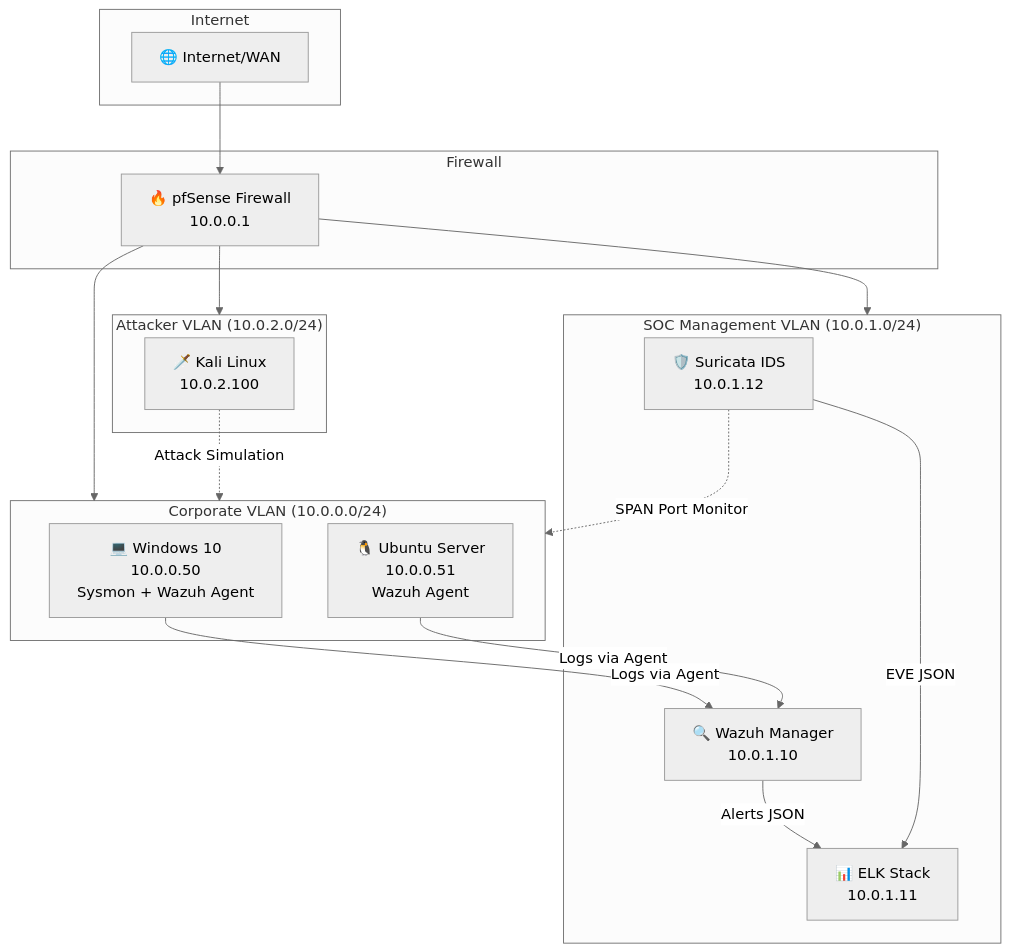
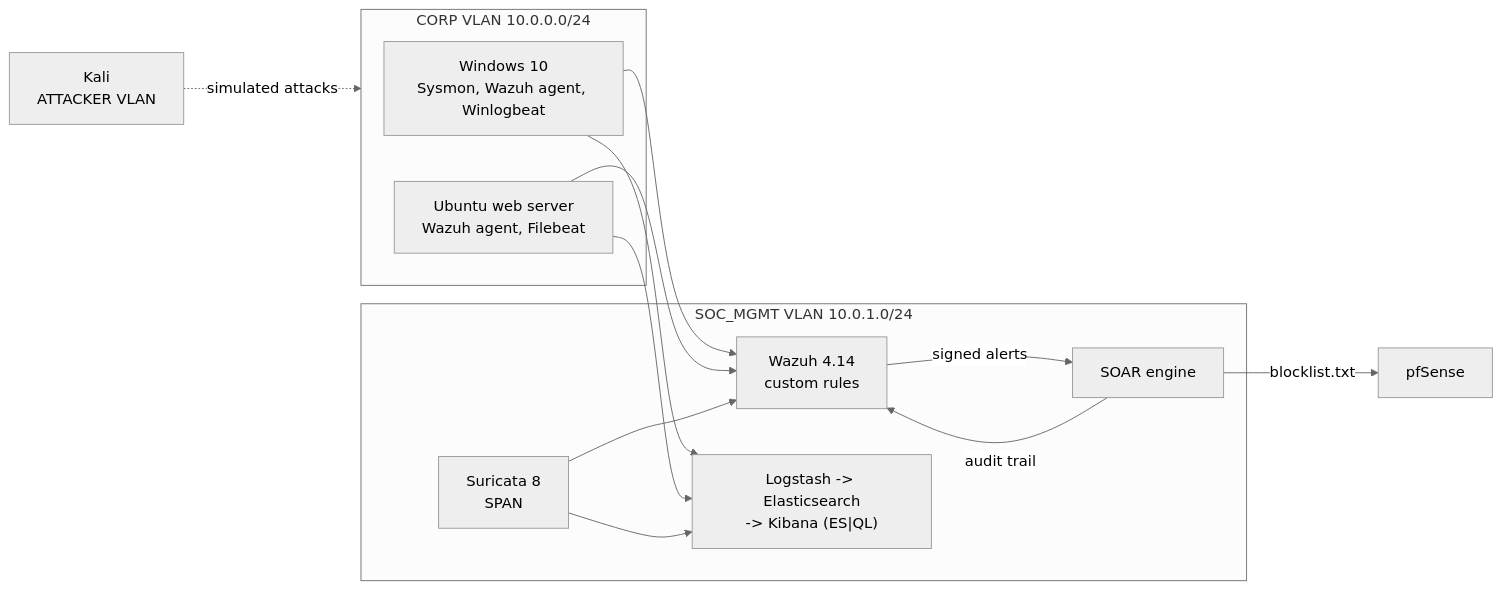
One commit to omaralraas/SOC-home-lab changed the first of 2 diagrams in README.md. Above: the diagram before and after it, drawn with Mermaid (neutral theme). The commit also changed other lines of this file and 1 other file, not shown here.

````diff
--- a/README.md
+++ b/README.md
@@ -30,37 +25,26 @@
 ```mermaid
-graph TB
-    subgraph Internet
-        WAN[🌐 Internet/WAN]
+flowchart LR
+    subgraph CORP["CORP VLAN 10.0.0.0/24"]
+        WIN["Windows 10<br/>Sysmon, Wazuh agent, Winlogbeat"]
+        UBU["Ubuntu web server<br/>Wazuh agent, Filebeat"]
     end
+    subgraph SOC["SOC_MGMT VLAN 10.0.1.0/24"]
+        WM["Wazuh 4.14<br/>custom rules"]
+        SOAR["SOAR engine"]
+        SUR["Suricata 8<br/>SPAN"]
+        ELK["Logstash -> Elasticsearch<br/>-> Kibana (ES|QL)"]
+    end
+    ATK["Kali<br/>ATTACKER VLAN"]
+    PF["pfSense"]
 
-    subgraph Firewall
-        PF[🔥 pfSense Firewall<br/>10.0.0.1]
-    end
-
-    subgraph SOC_MGMT["SOC Management VLAN (10.0.1.0/24)"]
-        WZ[🔍 Wazuh Manager<br/>10.0.1.10]
-        ELK[📊 ELK Stack<br/>10.0.1.11]
-        SUR[🛡️ Suricata IDS<br/>10.0.1.12]
-    end
-
-    subgraph CORP["Corporate VLAN (10.0.0.0/24)"]
-        WIN[💻 Windows 10<br/>10.0.0.50<br/>Sysmon + Wazuh Agent]
-        UBU[🐧 Ubuntu Server<br/>10.0.0.51<br/>Wazuh Agent]
-    end
-
-    subgraph ATTACKER["Attacker VLAN (10.0.2.0/24)"]
-        KALI[🗡️ Kali Linux<br/>10.0.2.100]
-    end
-
-    WAN --> PF
-    PF --> SOC_MGMT
-    PF --> CORP
-    PF --> ATTACKER
-
-    WIN -->|Logs via Agent| WZ
-    UBU -->|Logs via Agent| WZ
-    WZ -->|Alerts JSON| ELK
-    SUR -->|EVE JSON| ELK
-    KALI -.->|Attack Simulation| CORP
-    SUR -.->|SPAN Port Monitor| CORP
+    ATK -. simulated attacks .-> CORP
+    WIN --> WM
+    UBU --> WM
+    SUR --> WM
+    WIN --> ELK
+    UBU --> ELK
+    SUR --> ELK
+    WM -- "signed alerts" --> SOAR
+    SOAR -- "blocklist.txt" --> PF
+    SOAR -- "audit trail" --> WM
 ```
````
